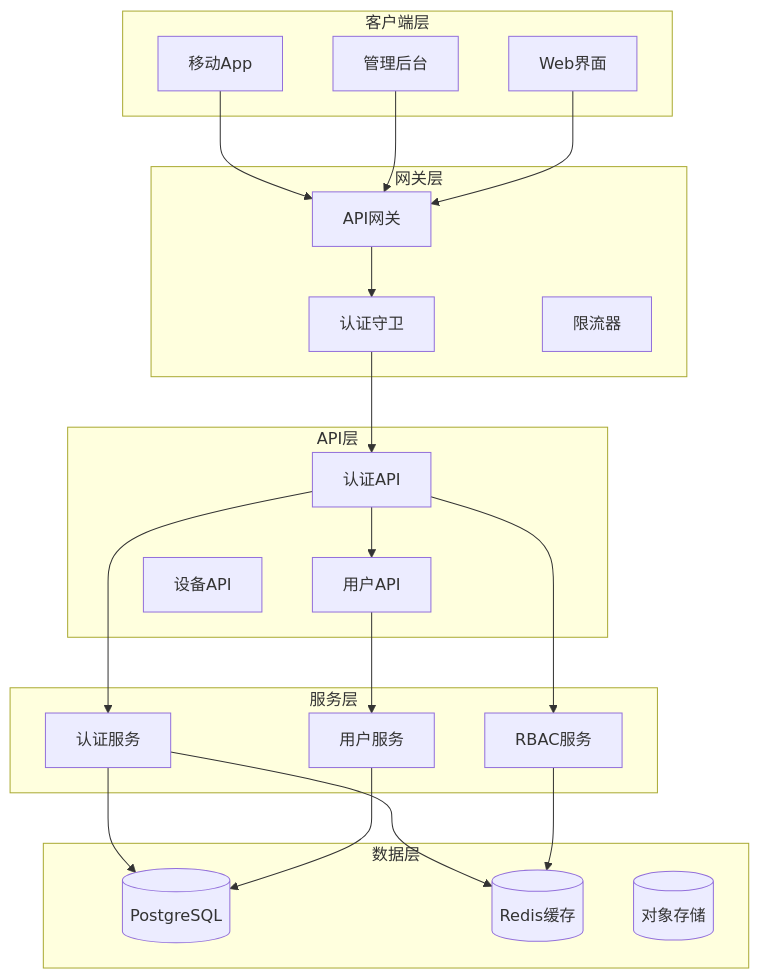
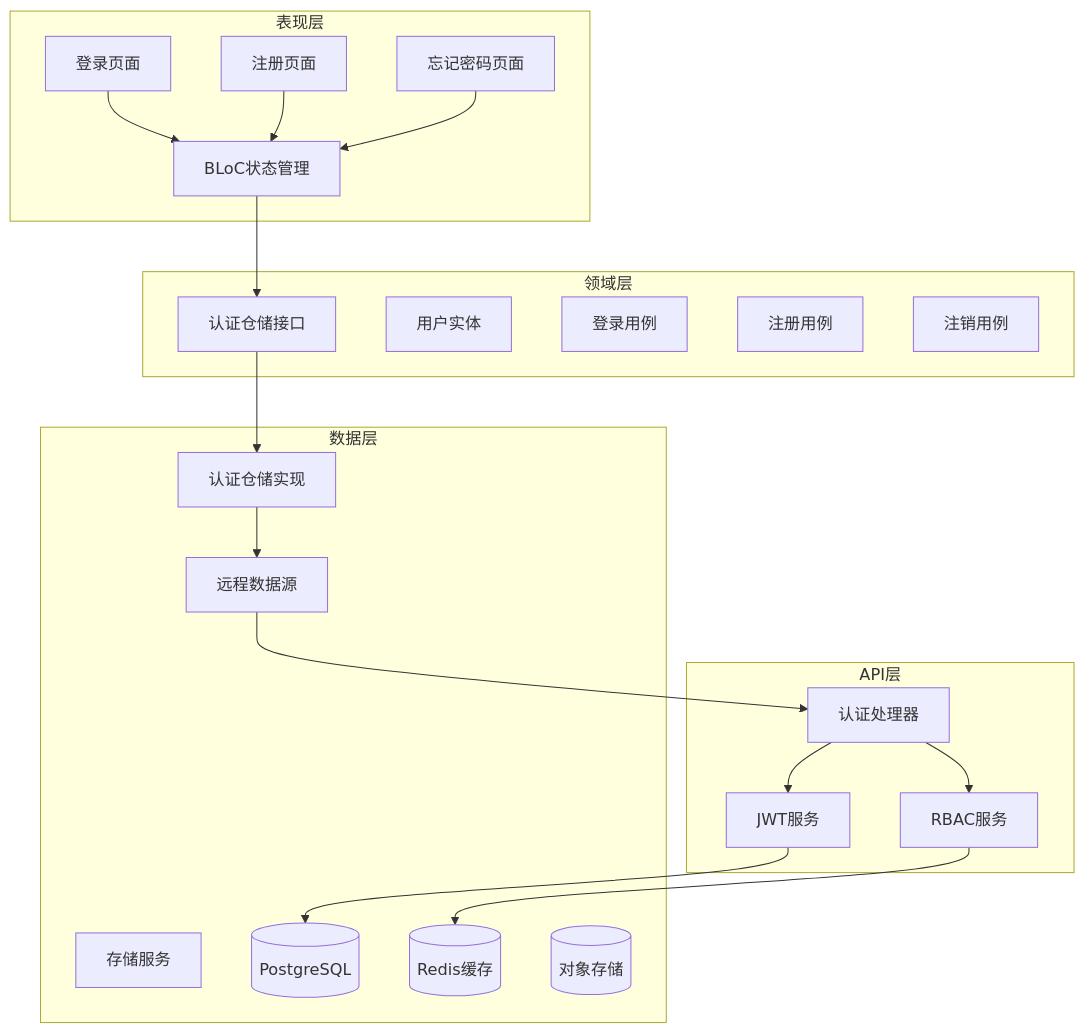
Before and after one commit to mcmrzy/cs_inv_monitor-develop: the fifth of 14 diagrams in .qoder/repowiki/zh/content/移动端应用/用户认证模块.md, drawn with Mermaid. The commit also changed other lines of this file and 128 other files, not shown here.

````diff
--- a/.qoder/repowiki/zh/content/移动端应用/用户认证模块.md
+++ b/.qoder/repowiki/zh/content/移动端应用/用户认证模块.md
@@ -181,41 +205,42 @@
 ```mermaid
 graph TB
-subgraph "客户端层"
-Mobile[移动App]
-Admin[管理后台]
-Web[Web界面]
+subgraph "表现层"
+LoginPage[登录页面]
+RegisterPage[注册页面]
+ForgotPage[忘记密码页面]
+BLoC[BLoC状态管理]
+end
+subgraph "领域层"
+AuthRepository[认证仓储接口]
+User[用户实体]
+AuthLogin[登录用例]
+AuthRegister[注册用例]
+AuthLogout[注销用例]
+end
+subgraph "数据层"
+AuthRepositoryImpl[认证仓储实现]
+AuthRemoteDataSource[远程数据源]
+StorageService[存储服务]
 end
 subgraph "API层"
-AuthAPI[认证API]
-UserAPI[用户API]
-DeviceAPI[设备API]
-end
-subgraph "网关层"
-Gateway[API网关]
-AuthGuard[认证守卫]
-RateLimit[限流器]
-end
-subgraph "服务层"
-AuthService[认证服务]
-UserService[用户服务]
+AuthHandler[认证处理器]
+JWTService[JWT服务]
 RBACService[RBAC服务]
 end
 subgraph "数据层"
 Postgres[(PostgreSQL)]
 Redis[(Redis缓存)]
 MinIO[(对象存储)]
 end
-Mobile --> Gateway
-Admin --> Gateway
-Web --> Gateway
-Gateway --> AuthGuard
-AuthGuard --> AuthAPI
-AuthAPI --> AuthService
-AuthService --> Postgres
-AuthService --> Redis
-AuthAPI --> UserAPI
-UserAPI --> UserService
-UserService --> Postgres
-AuthAPI --> RBACService
+LoginPage --> BLoC
+RegisterPage --> BLoC
+ForgotPage --> BLoC
+BLoC --> AuthRepository
+AuthRepository --> AuthRepositoryImpl
+AuthRepositoryImpl --> AuthRemoteDataSource
+AuthRemoteDataSource --> AuthHandler
+AuthHandler --> JWTService
+AuthHandler --> RBACService
+JWTService --> Postgres
 RBACService --> Redis
 ```
````
